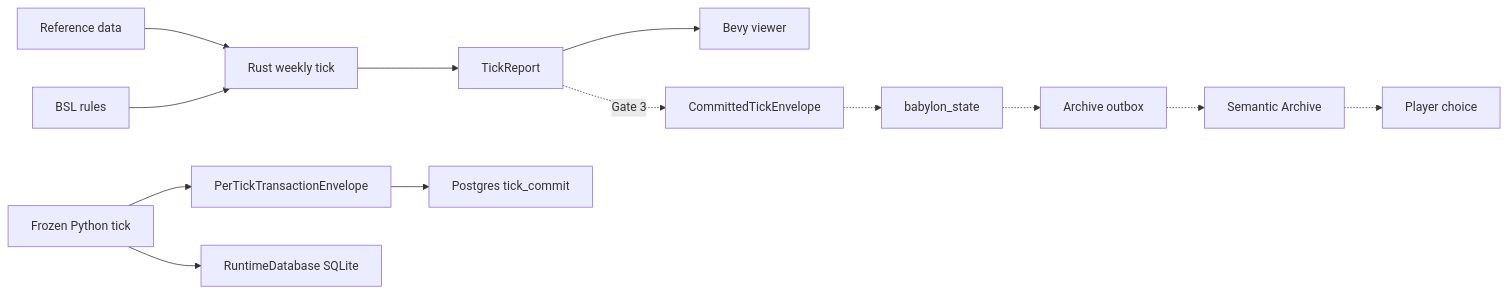
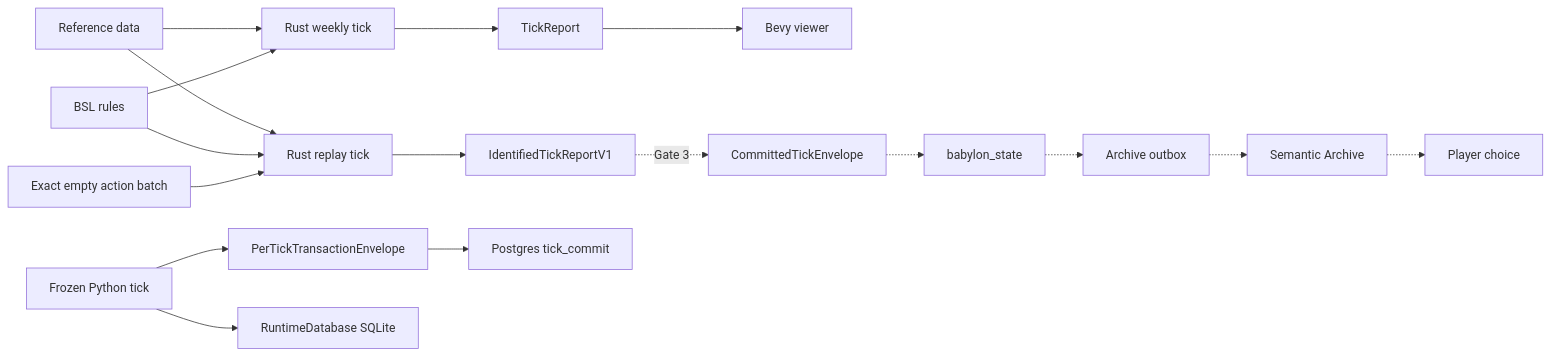
Before and after one commit to percy-raskova/babylon: the diagram in docs/concepts/architecture.rst, drawn with Mermaid. The commit also changed other lines of this file and 16 other files, not shown here.

Commit message:
docs(architecture): ratify tick content identity

```diff
--- a/docs/concepts/architecture.rst
+++ b/docs/concepts/architecture.rst
@@ -156,15 +168,19 @@
 .. mermaid::
 
    flowchart LR
        REF["Reference data"] --> TICK["Rust weekly tick"]
        BSL["BSL rules"] --> TICK
        TICK --> REPORT["TickReport"]
        REPORT --> VIEW["Bevy viewer"]
+       REF --> REPLAY["Rust replay tick"]
+       BSL --> REPLAY
+       EMPTY["Exact empty action batch"] --> REPLAY
+       REPLAY --> IDENTIFIED["IdentifiedTickReportV1"]
        PY["Frozen Python tick"] --> OLDENV["PerTickTransactionEnvelope"]
        OLDENV --> PG["Postgres tick_commit"]
        PY --> SQLITE["RuntimeDatabase SQLite"]
-       REPORT -. "Gate 3" .-> ENV["CommittedTickEnvelope"]
+       IDENTIFIED -. "Gate 3" .-> ENV["CommittedTickEnvelope"]
        ENV -.-> STATE["babylon_state"]
        STATE -.-> OUTBOX["Archive outbox"]
        OUTBOX -.-> ARCHIVE["Semantic Archive"]
        ARCHIVE -.-> CHOICE["Player choice"]
```
